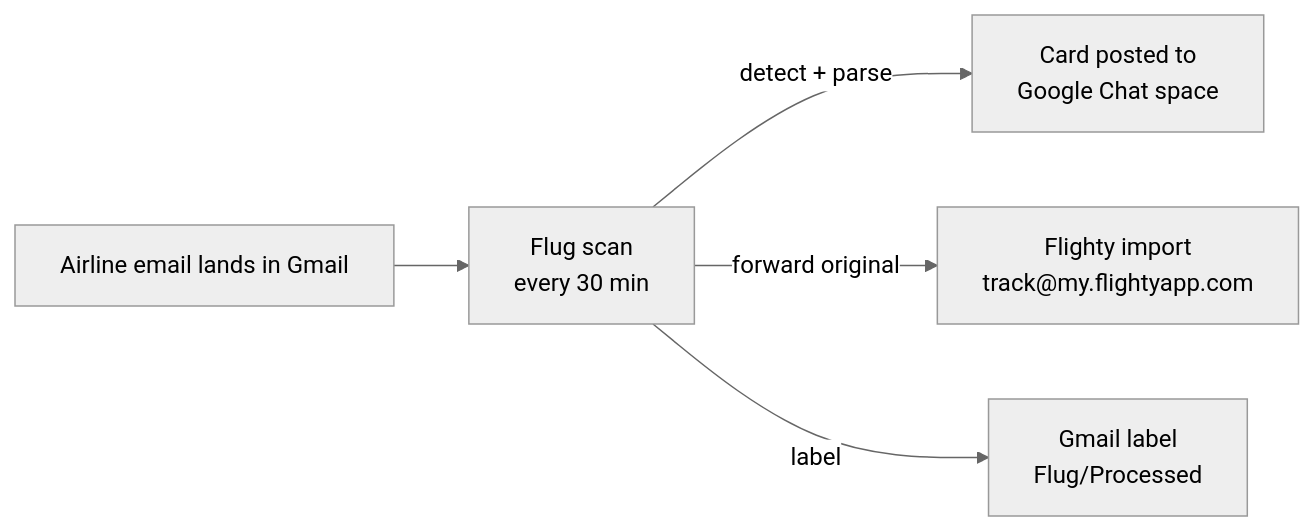
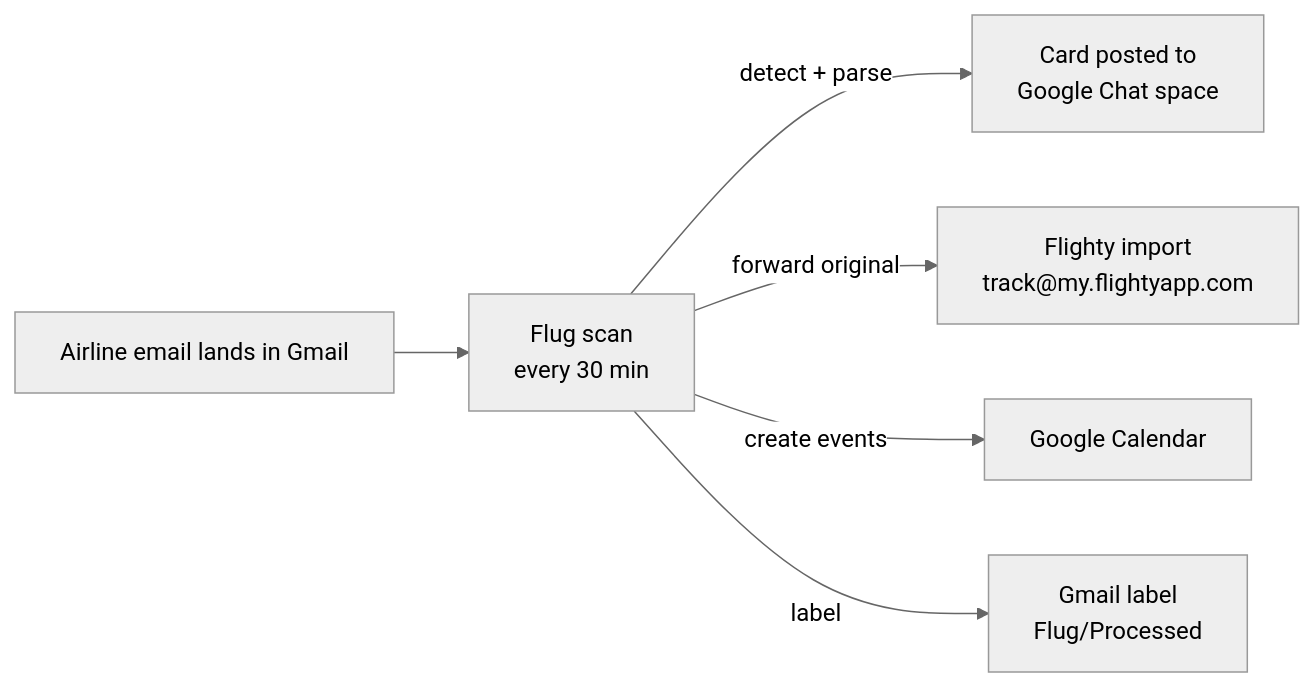
One commit to HauensteinRyan/Flug changed the diagram in README.md. Above: the diagram before and after it, drawn with Mermaid (neutral theme). The commit also changed other lines of this file and 6 other files, not shown here.

First line of the commit message:
Add Google Calendar events for detected flights

````diff
--- a/README.md
+++ b/README.md
@@ -15,7 +18,8 @@
 ```mermaid
 flowchart LR
     A[Airline email lands in Gmail] --> B[Flug scan\nevery 30 min]
     B -->|detect + parse| C[Card posted to\nGoogle Chat space]
     B -->|forward original| D[Flighty import\ntrack@my.flightyapp.com]
+    B -->|create events| F[Google Calendar]
     B -->|label| E[Gmail label\nFlug/Processed]
 ```
````
